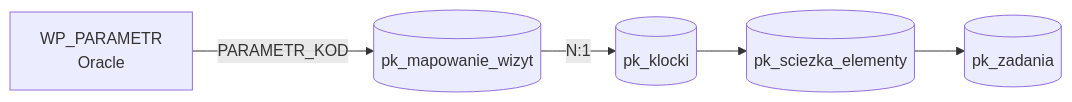
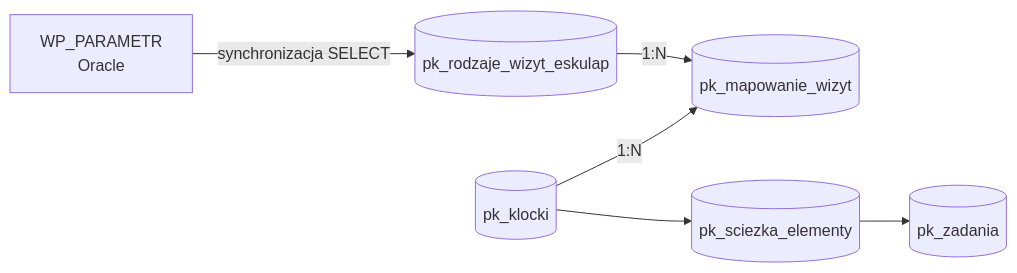
Before and after one commit to psychlodz/panel-koordynatora: the second of 3 diagrams in docs/ARCHITECTURE/BUSINESS_DICTIONARIES.md, drawn with Mermaid. The commit also changed other lines of this file and 10 other files, not shown here.

````diff
--- a/docs/ARCHITECTURE/BUSINESS_DICTIONARIES.md
+++ b/docs/ARCHITECTURE/BUSINESS_DICTIONARIES.md
@@ -634,13 +640,15 @@
 ```mermaid
 flowchart LR
     W["WP_PARAMETR<br/>Oracle"]
+    R[("pk_rodzaje_wizyt_eskulap")]
     M[("pk_mapowanie_wizyt")]
     K[("pk_klocki")]
     E[("pk_sciezka_elementy")]
     Z[("pk_zadania")]
 
-    W -->|"PARAMETR_KOD"| M
-    M -->|"N:1"| K
+    W -->|"synchronizacja SELECT"| R
+    K -->|"1:N"| M
+    R -->|"1:N"| M
     K --> E
     E --> Z
 ```
````
